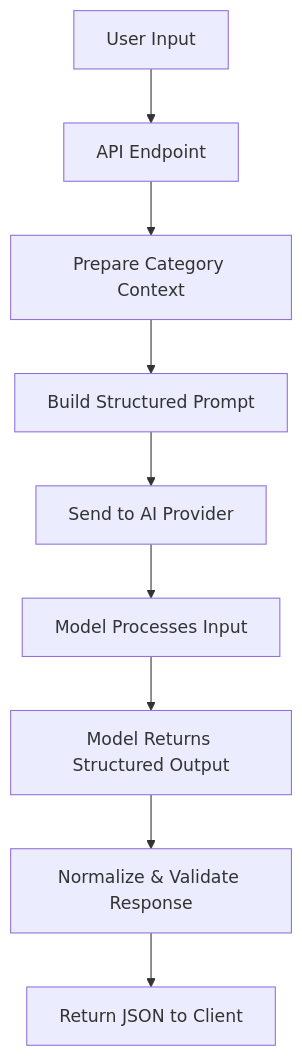
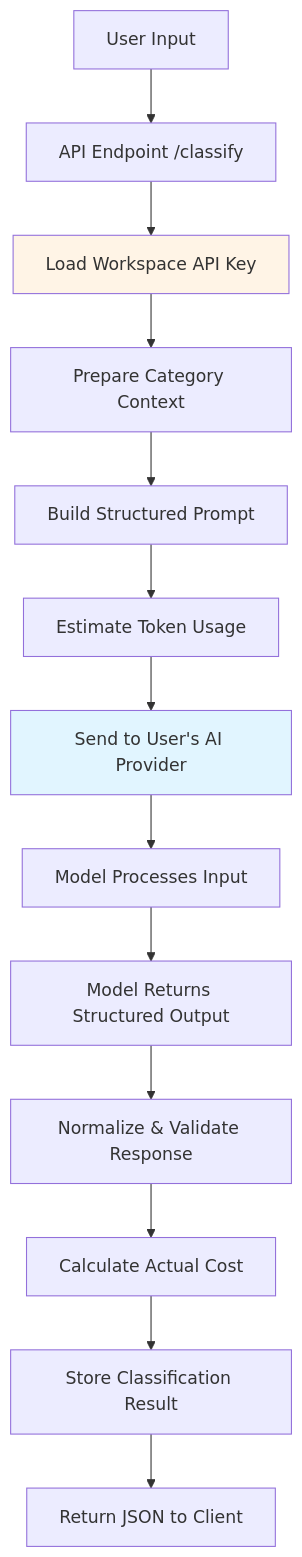
Before and after one commit to galih56/issue-classifier-ai-agent: the second of 2 diagrams in README.md, drawn with Mermaid. The commit also changed other lines of this file, not shown here.

First line of the commit message:
Update README with BYOK details and architecture overview

````diff
--- a/README.md
+++ b/README.md
@@ -97,11 +177,18 @@
 ```mermaid
 flowchart TD
-    A[User Input] --> B[API Endpoint]
-    B --> C[Prepare Category Context]
-    C --> D[Build Structured Prompt]
-    D --> E[Send to AI Provider]
-    E --> F[Model Processes Input]
-    F --> G[Model Returns Structured Output]
-    G --> H[Normalize & Validate Response]
-    H --> I[Return JSON to Client]
+    A[User Input] --> B[API Endpoint /classify]
+    B --> C[Load Workspace API Key]
+    C --> D[Prepare Category Context]
+    D --> E[Build Structured Prompt]
+    E --> F[Estimate Token Usage]
+    F --> G[Send to User's AI Provider]
+    G --> H[Model Processes Input]
+    H --> I[Model Returns Structured Output]
+    I --> J[Normalize & Validate Response]
+    J --> K[Calculate Actual Cost]
+    K --> L[Store Classification Result]
+    L --> M[Return JSON to Client]
+    
+    style C fill:#fff4e6
+    style G fill:#e1f5ff
 ```
````
